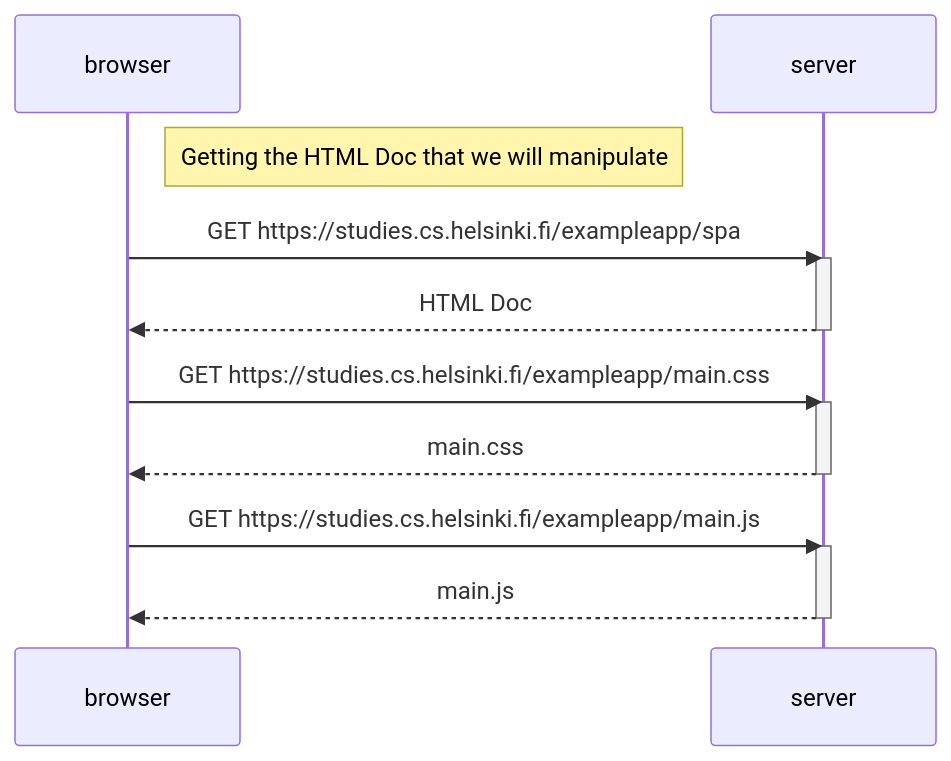
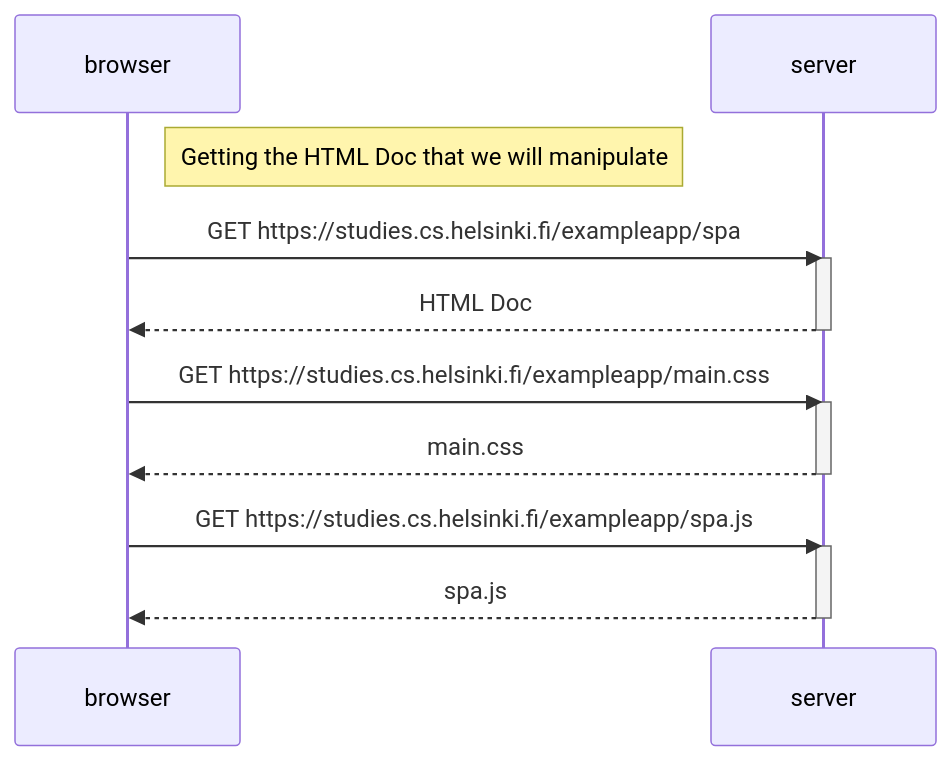
Before and after one commit to gokuman86/fullstackopen: the diagram in part0/0.5.md, drawn with Mermaid.

````diff
--- a/part0/0.5.md
+++ b/part0/0.5.md
@@ -1,22 +1,22 @@
 ```mermaid
 sequenceDiagram
 
   participant browser
   participant server
 
   Note right of browser: Getting the HTML Doc that we will manipulate
   browser->>server: GET https://studies.cs.helsinki.fi/exampleapp/spa
   activate server
   server-->>browser: HTML Doc
   deactivate server
 
   browser->>server: GET https://studies.cs.helsinki.fi/exampleapp/main.css
   activate server
   server-->>browser: main.css
   deactivate server
 
-  browser->>server: GET https://studies.cs.helsinki.fi/exampleapp/main.js
+  browser->>server: GET https://studies.cs.helsinki.fi/exampleapp/spa.js
   activate server
-  server-->>browser: main.js
+  server-->>browser: spa.js
   deactivate server
 ```
````
